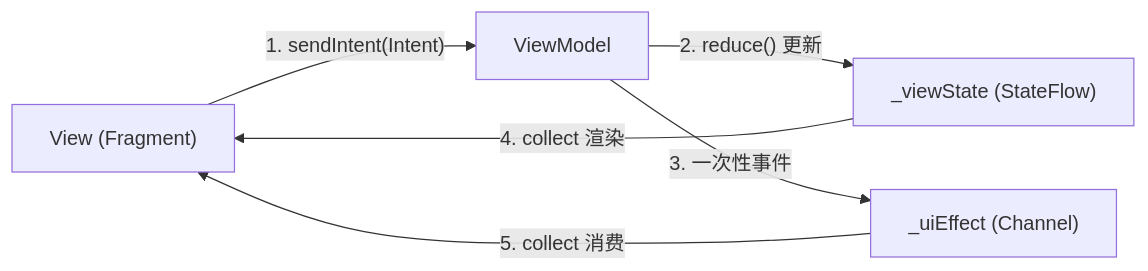
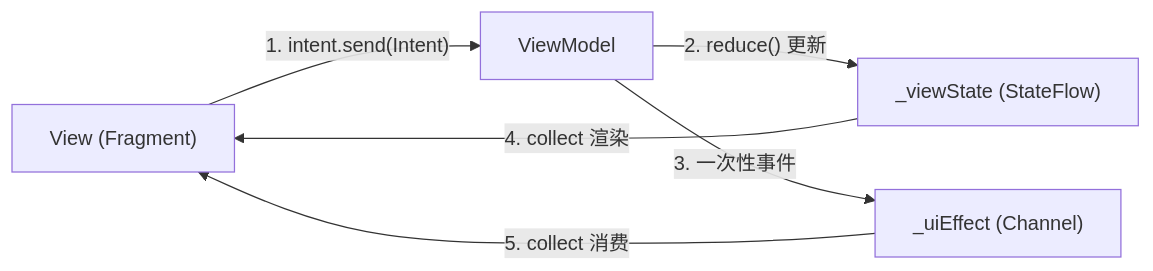
The second of 4 diagrams in docs/03-architecture/architecture.md (wuwei94/MyApplication), drawn with Mermaid before and after one commit. The commit also changed other lines of this file and 84 other files, not shown here.

````diff
--- a/docs/03-architecture/architecture.md
+++ b/docs/03-architecture/architecture.md
@@ -134,8 +134,8 @@
 ```mermaid
 flowchart LR
-    UI["View (Fragment)"] -->|"1. sendIntent(Intent)"| VM["ViewModel"]
+    UI["View (Fragment)"] -->|"1. intent.send(Intent)"| VM["ViewModel"]
     VM -->|"2. reduce() 更新"| State["_viewState (StateFlow)"]
     VM -->|"3. 一次性事件"| Effect["_uiEffect (Channel)"]
     State -->|"4. collect 渲染"| UI
     Effect -->|"5. collect 消费"| UI
 ```
````
